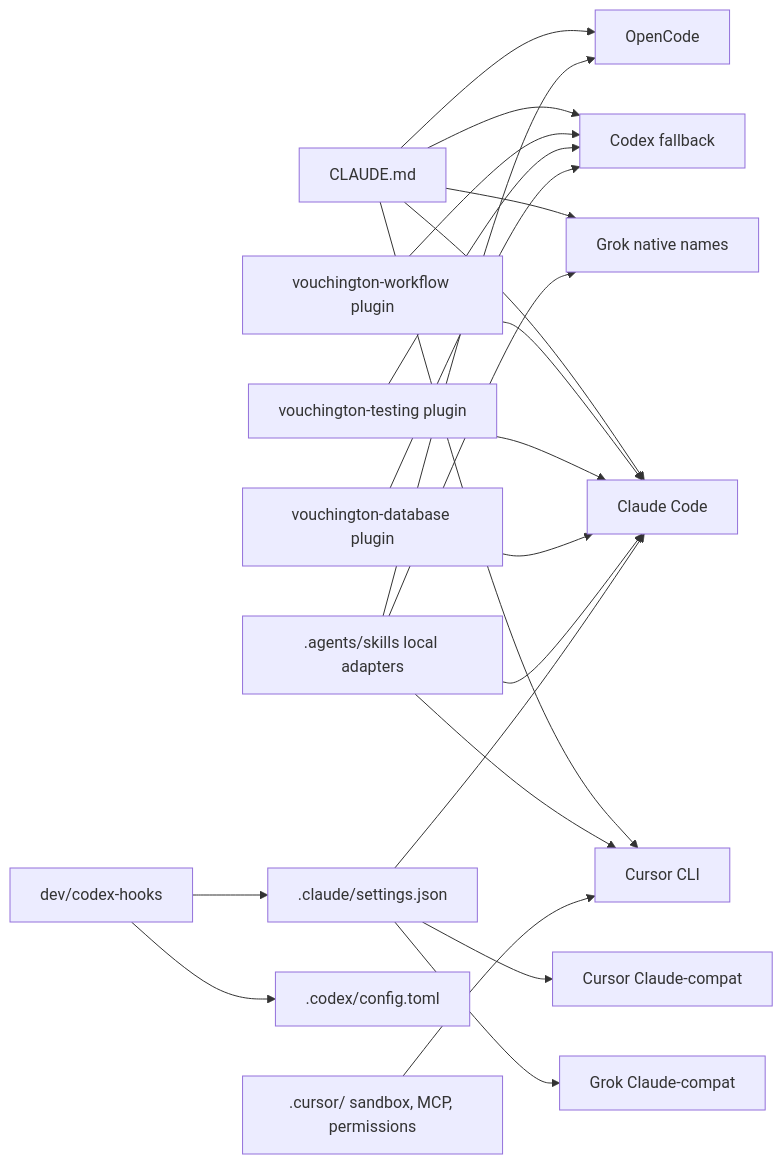
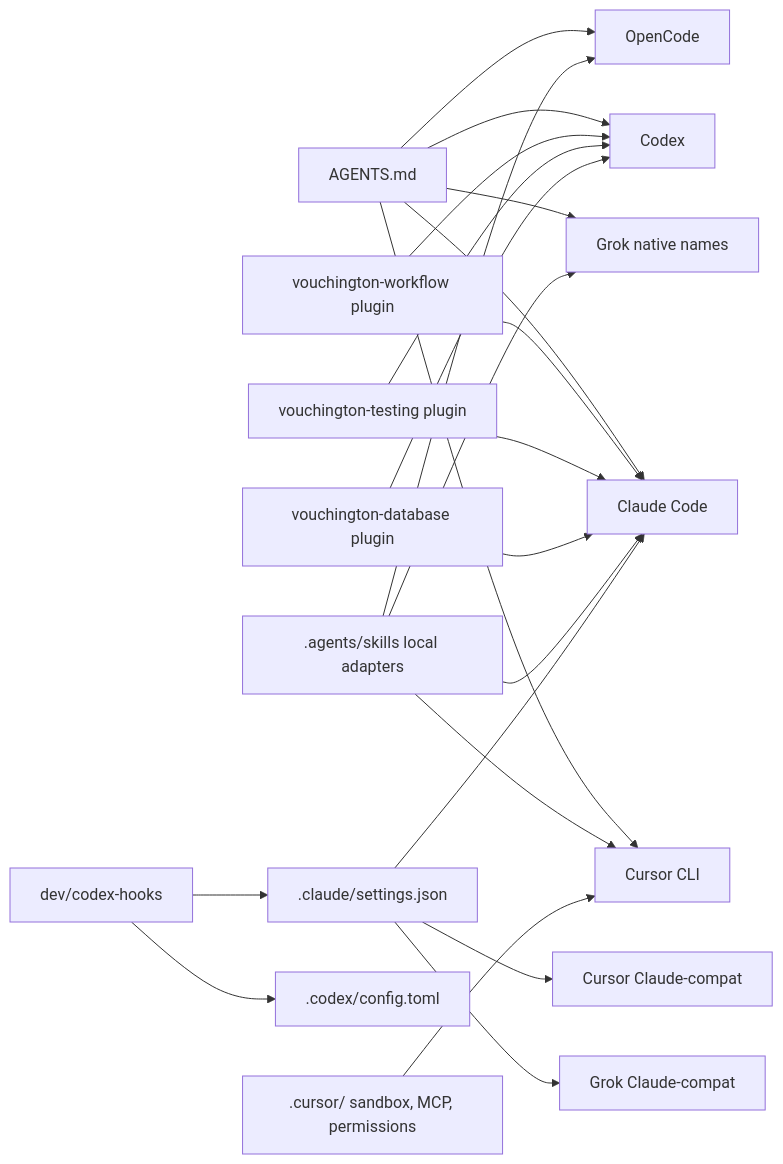
Before and after one commit to vouchington/vouchington: the diagram in docs/development/agent-harness-parity.md, drawn with Mermaid. The commit also changed other lines of this file and 530 other files, not shown here.

````diff
--- a/docs/development/agent-harness-parity.md
+++ b/docs/development/agent-harness-parity.md
@@ -45,24 +45,24 @@
 ```mermaid
 flowchart LR
-  claudeMd[CLAUDE.md] --> claude[Claude Code]
-  claudeMd --> codex[Codex fallback]
+  claudeMd[AGENTS.md] --> claude[Claude Code]
+  claudeMd --> codex[Codex]
   claudeMd --> grok[Grok native names]
   claudeMd --> cursor[Cursor CLI]
   claudeMd --> opencode[OpenCode]
   workflowPlugin[vouchington-workflow plugin] --> claude
   workflowPlugin --> codex
   testingPlugin[vouchington-testing plugin] --> claude
   testingPlugin --> codex
   databasePlugin[vouchington-database plugin] --> claude
   databasePlugin --> codex
   skills[.agents/skills local adapters] --> claude
   skills --> grok
   skills --> cursor
   skills --> opencode
   claudeHooks[.claude/settings.json] --> claude
   claudeHooks --> grokCompat[Grok Claude-compat]
   claudeHooks --> cursorCompat[Cursor Claude-compat]
   hookRunner[dev/codex-hooks] --> claudeHooks
   hookRunner --> codexConfig[.codex/config.toml]
   cursorConfig[".cursor/ sandbox, MCP, permissions"] --> cursor
 ```
````
